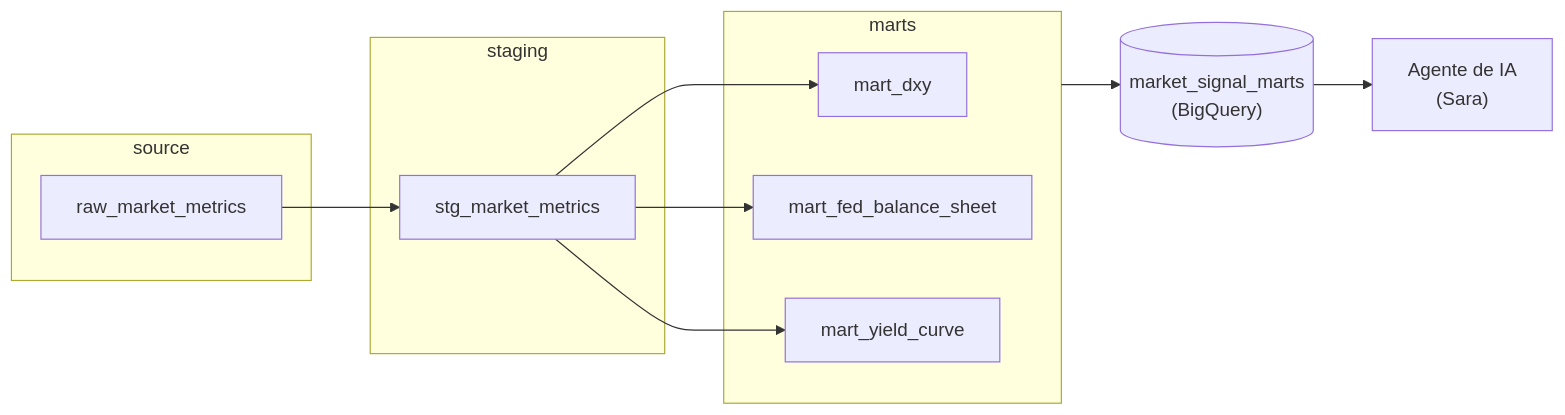
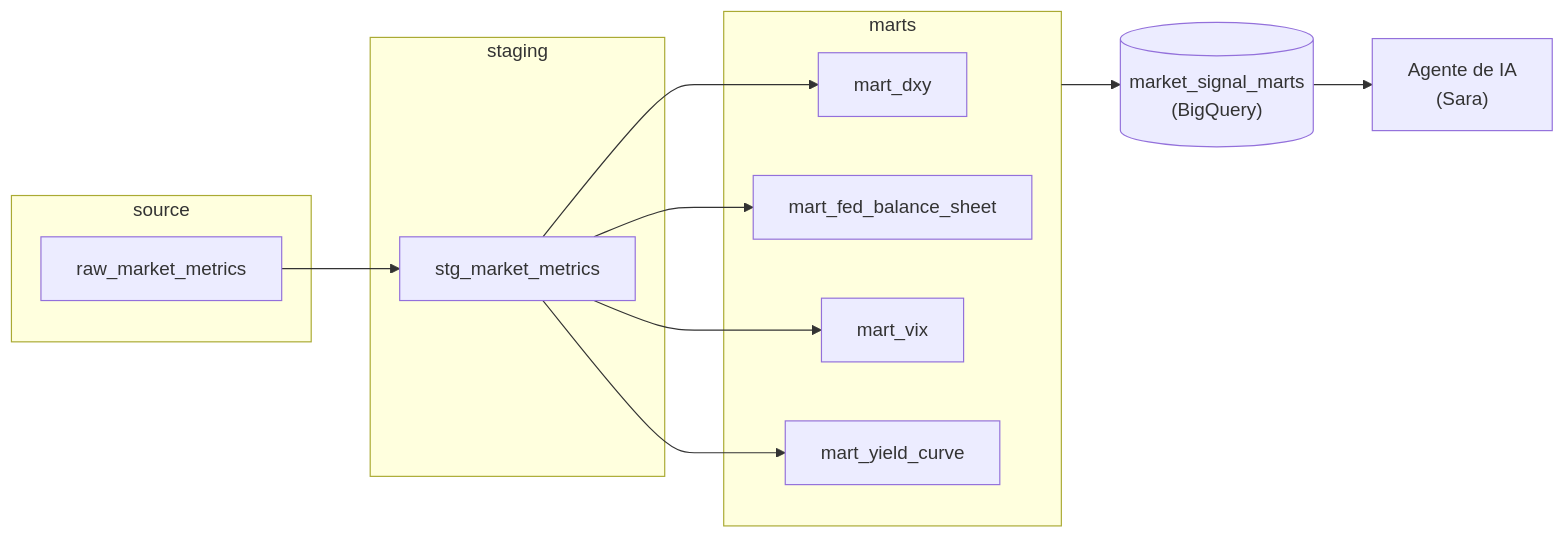
Before and after one commit to ggsergi/market-signal-stack: the diagram in README.md, drawn with Mermaid. The commit also changed other lines of this file and 3 other files, not shown here.

````diff
--- a/README.md
+++ b/README.md
@@ -18,20 +19,22 @@
 ```mermaid
 flowchart LR
     subgraph source["source"]
         raw_market_metrics["raw_market_metrics"]
     end
     subgraph staging["staging"]
         stg_market_metrics["stg_market_metrics"]
     end
     subgraph marts["marts"]
         mart_dxy["mart_dxy"]
         mart_fed_balance_sheet["mart_fed_balance_sheet"]
+        mart_vix["mart_vix"]
         mart_yield_curve["mart_yield_curve"]
     end
     raw_market_metrics --> stg_market_metrics
     stg_market_metrics --> mart_dxy
     stg_market_metrics --> mart_fed_balance_sheet
+    stg_market_metrics --> mart_vix
     stg_market_metrics --> mart_yield_curve
     marts --> market_signal_marts[("market_signal_marts<br/>(BigQuery)")]
     market_signal_marts --> agent["Agente de IA<br/>(Sara)"]
 ```
````
